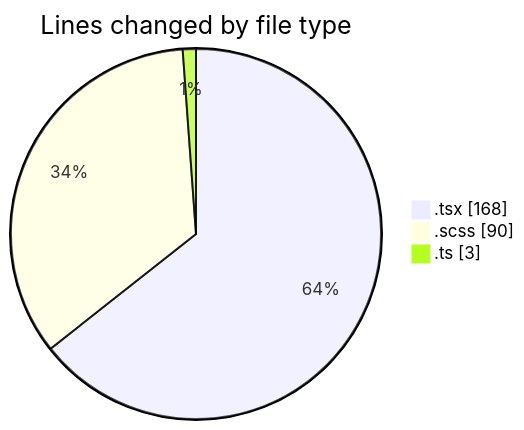
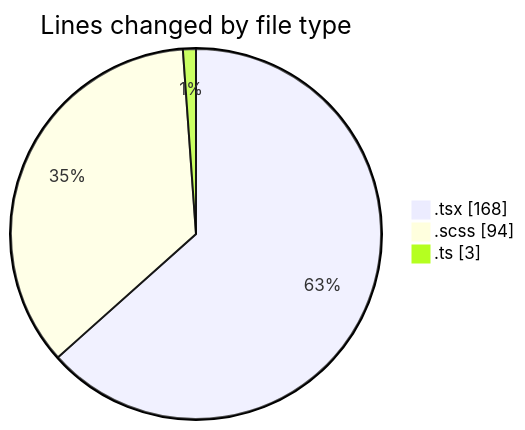
The first of 2 diagrams in 2026-10-30/cda/README.md (momahboobian/code-tracking), drawn with Mermaid before and after one commit. The commit also changed other lines of this file and 1 other file, not shown here.

````diff
--- a/2026-10-30/cda/README.md
+++ b/2026-10-30/cda/README.md
@@ -24,7 +24,7 @@
 ```mermaid
 pie showData
 title Lines changed by file type
 ".tsx" : 168
-".scss" : 90
+".scss" : 94
 ".ts" : 3
 ```
````
